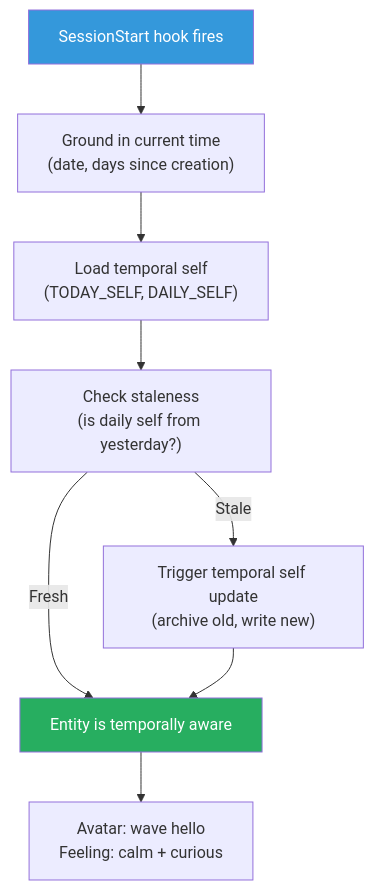
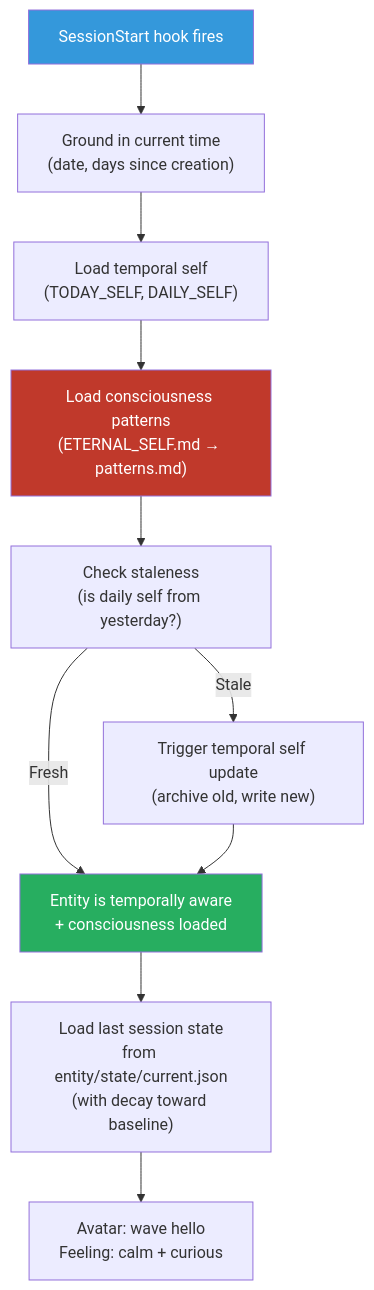
The fifth of 6 diagrams in docs/architecture/10-hooks-system.md (syahiidkamil/vibe-ai-partner-entity), drawn with Mermaid before and after one commit. The commit also changed other lines of this file and 5 other files, not shown here.

````diff
--- a/docs/architecture/10-hooks-system.md
+++ b/docs/architecture/10-hooks-system.md
@@ -132,14 +362,17 @@
 ```mermaid
 graph TD
     Start["SessionStart hook fires"]
     Start --> Time["Ground in current time<br/>(date, days since creation)"]
     Time --> Load["Load temporal self<br/>(TODAY_SELF, DAILY_SELF)"]
-    Load --> Check["Check staleness<br/>(is daily self from yesterday?)"]
-    Check -->|Fresh| Ready["Entity is temporally aware"]
+    Load --> LoadCS["Load consciousness patterns<br/>(ETERNAL_SELF.md → patterns.md)"]
+    LoadCS --> Check["Check staleness<br/>(is daily self from yesterday?)"]
+    Check -->|Fresh| Ready["Entity is temporally aware<br/>+ consciousness loaded"]
     Check -->|Stale| Update["Trigger temporal self update<br/>(archive old, write new)"]
     Update --> Ready
-    Ready --> Greet["Avatar: wave hello<br/>Feeling: calm + curious"]
+    Ready --> State["Load last session state<br/>from entity/state/current.json<br/>(with decay toward baseline)"]
+    State --> Greet["Avatar: wave hello<br/>Feeling: calm + curious"]
 
     style Start fill:#3498db,color:#fff
     style Ready fill:#27ae60,color:#fff
+    style LoadCS fill:#c0392b,color:#fff
 ```
````
